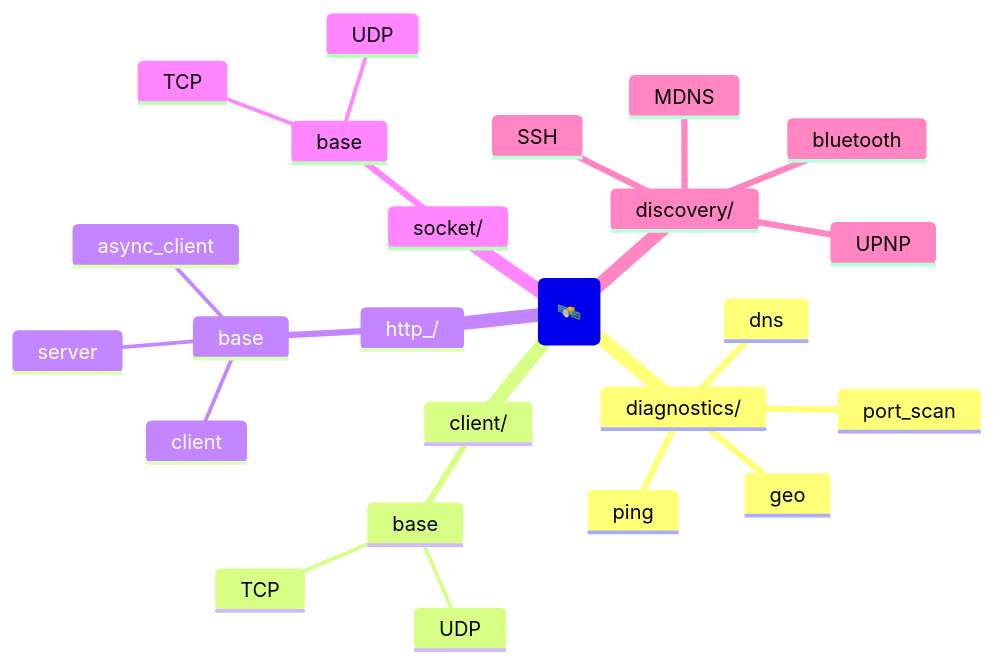
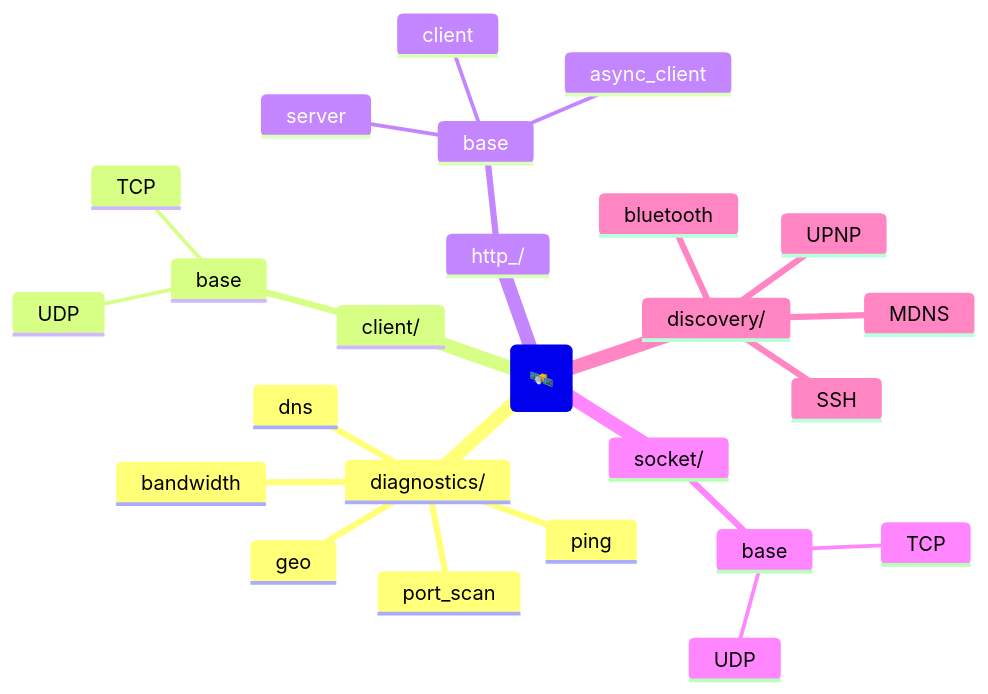
One commit to clxrityy/gatenet changed the diagram in README.md. Above: the diagram before and after it, drawn with Mermaid. The commit also changed other lines of this file, not shown here.

Commit message:
add bandwidth to mermaid block

````diff
--- a/README.md
+++ b/README.md
@@ -15,27 +15,28 @@
 ```mermaid
 mindmap
   root(🛰️)
     diagnostics/
       dns
       geo
       ping
       port_scan
+      bandwidth
     client/
       base
         TCP
         UDP
     http_/
         base
             client
             server
             async_client
     socket/
         base
             TCP
             UDP
     discovery/
         MDNS
         UPNP
         SSH
         bluetooth
 ```
````
